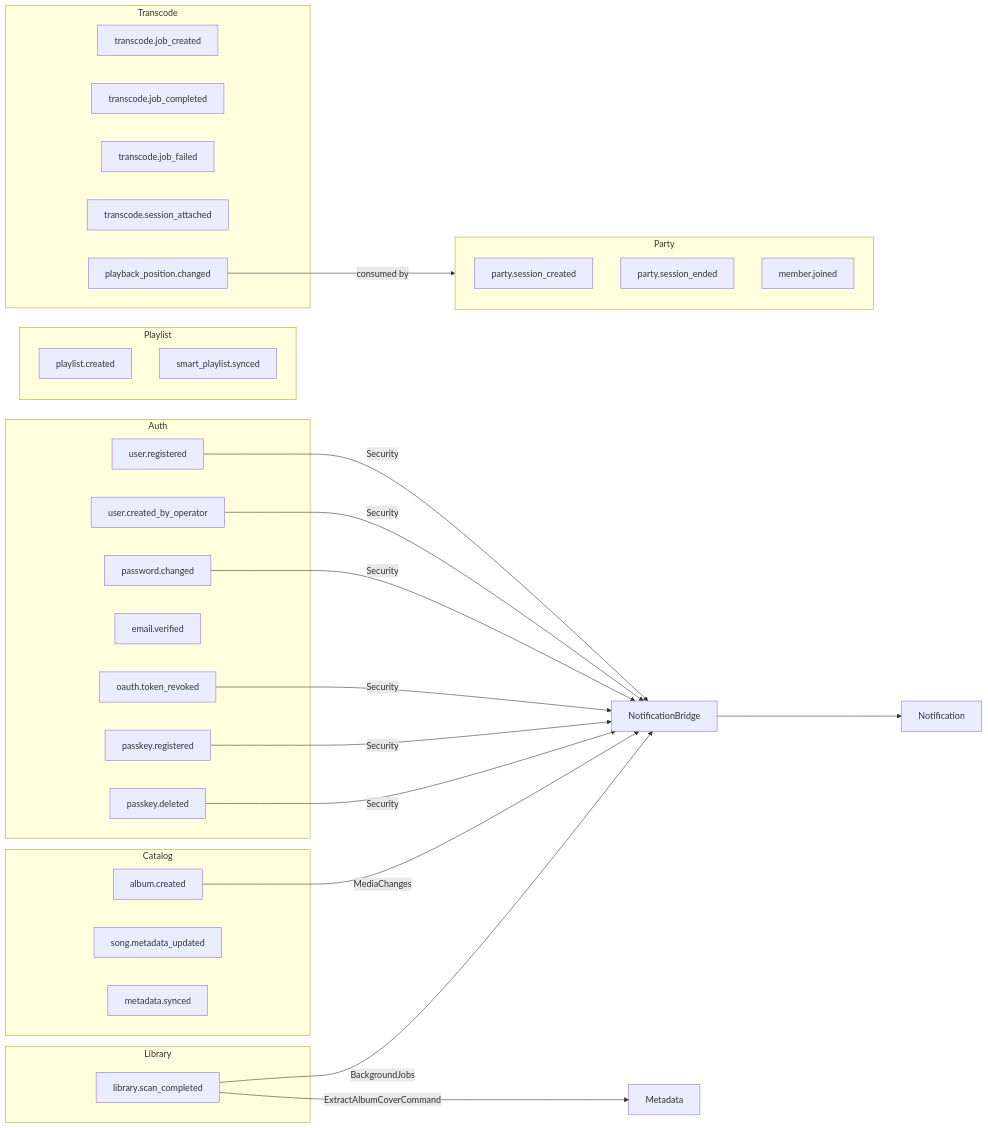
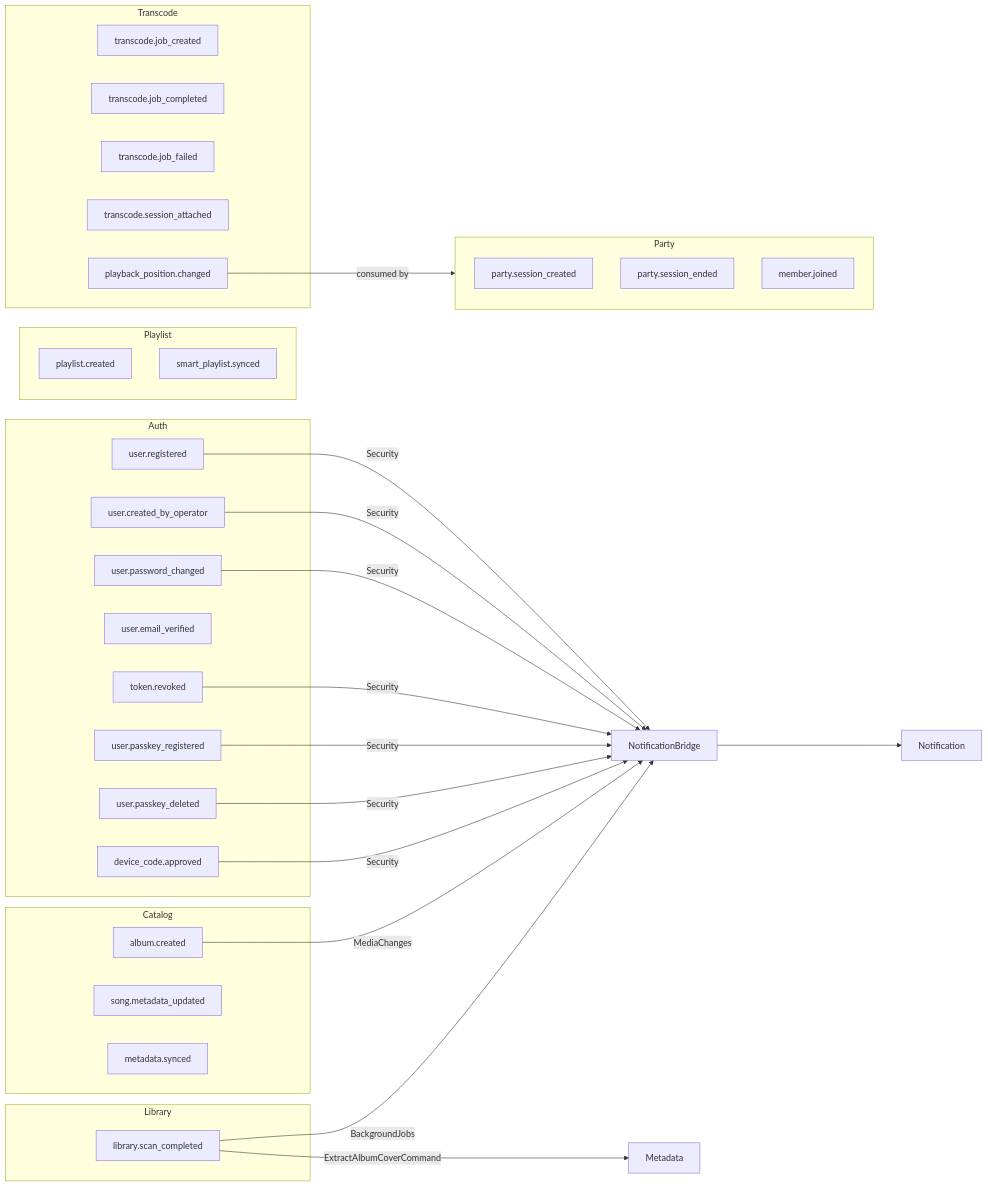
The second of 5 diagrams in dev-docs/context-map.md (baander-app/baander), drawn with Mermaid before and after one commit. The commit also changed other lines of this file and 134 other files, not shown here.

````diff
--- a/dev-docs/context-map.md
+++ b/dev-docs/context-map.md
@@ -304,61 +304,63 @@
 ```mermaid
 graph LR
     subgraph Auth
         A1["user.registered"]
         A2["user.created_by_operator"]
-        A3["password.changed"]
-        A4["email.verified"]
-        A5["oauth.token_revoked"]
-        A6["passkey.registered"]
-        A7["passkey.deleted"]
+        A3["user.password_changed"]
+        A4["user.email_verified"]
+        A5["token.revoked"]
+        A6["user.passkey_registered"]
+        A7["user.passkey_deleted"]
+        A8["device_code.approved"]
     end
 
     subgraph Catalog
         C1["album.created"]
         C2["song.metadata_updated"]
         C3["metadata.synced"]
     end
 
     subgraph Library
         L1["library.scan_completed"]
     end
 
     subgraph Party
         P1["party.session_created"]
         P2["party.session_ended"]
         P3["member.joined"]
     end
 
     subgraph Playlist
         PL1["playlist.created"]
         PL2["smart_playlist.synced"]
     end
 
     subgraph Transcode
         T1["transcode.job_created"]
         T2["transcode.job_completed"]
         T3["transcode.job_failed"]
         T4["transcode.session_attached"]
         T5["playback_position.changed"]
     end
 
     Bridge["NotificationBridge"]
     N["Notification"]
     M["Metadata"]
 
     A1 -->|"Security"| Bridge
     A2 -->|"Security"| Bridge
     A3 -->|"Security"| Bridge
     A5 -->|"Security"| Bridge
     A6 -->|"Security"| Bridge
     A7 -->|"Security"| Bridge
+    A8 -->|"Security"| Bridge
 
     C1 -->|"MediaChanges"| Bridge
 
     L1 -->|"BackgroundJobs"| Bridge
     L1 -->|"ExtractAlbumCoverCommand"| M
 
     T5 -->|"consumed by"| Party
 
     Bridge --> N
 ```
````
